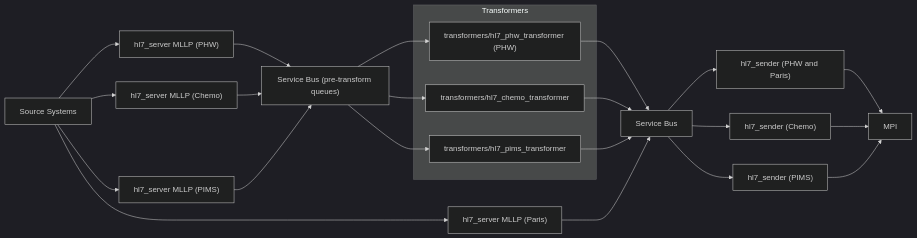
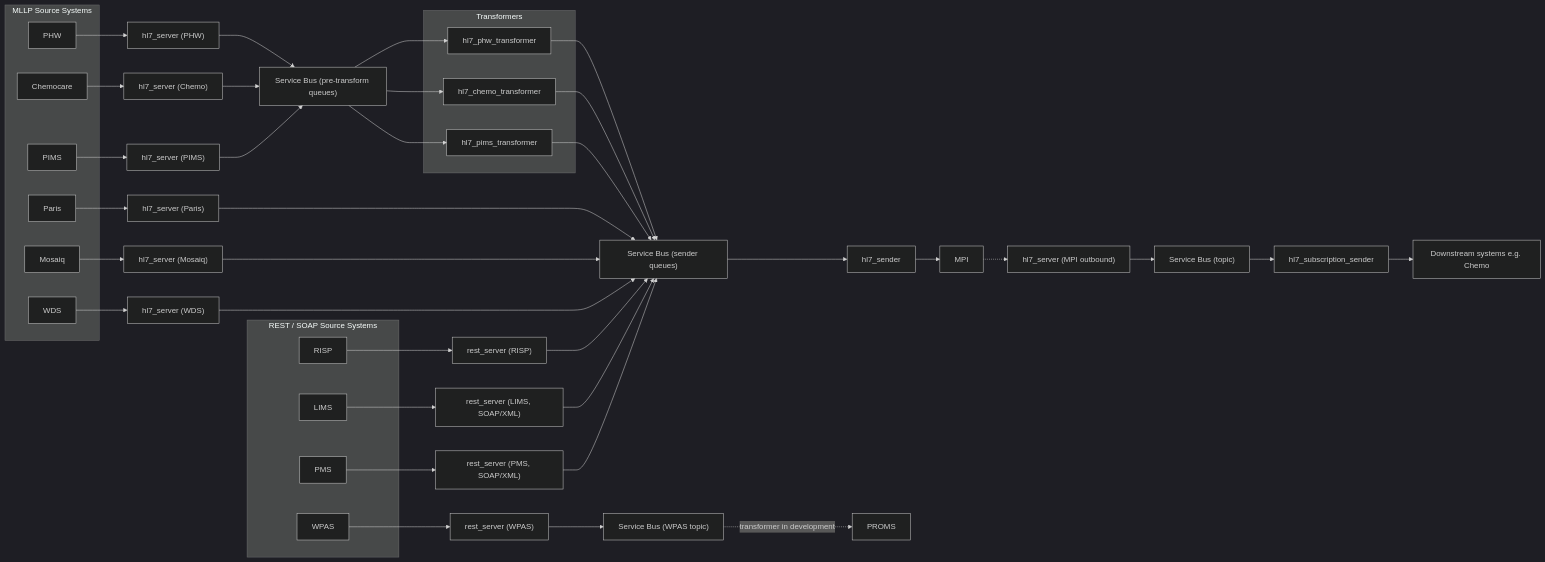
Before and after one commit to DHCW-Digital-Health-and-Care-Wales/Integration-Hub-Beta: the diagram in README.md, drawn with Mermaid (dark theme). The commit also changed other lines of this file and 8 other files, not shown here.

First line of the commit message:
chore: tidy local folder and improve README flow coverage (#338)

````diff
--- a/README.md
+++ b/README.md
@@ -52,34 +52,66 @@
 ```mermaid
 flowchart LR
-  Source[Source Systems] --> HL7_PHW["hl7_server MLLP (PHW)"]
-  Source --> HL7_PARIS["hl7_server MLLP (Paris)"]
-  Source --> HL7_CHEMO["hl7_server MLLP (Chemo)"]
-  Source --> HL7_PIMS["hl7_server MLLP (PIMS)"]
+  subgraph MLLP_Sources["MLLP Source Systems"]
+    PHW[PHW]
+    PARIS[Paris]
+    CHEMO[Chemocare]
+    PIMSSRC[PIMS]
+    MOSAIQ[Mosaiq]
+    WDS[WDS]
+  end
 
-  HL7_PHW --> SB["Service Bus (pre-transform queues)"]
-  HL7_CHEMO --> SB
-  HL7_PIMS --> SB
+  subgraph REST_SOAP_Sources["REST / SOAP Source Systems"]
+    RISP[RISP]
+    LIMS[LIMS]
+    PMS[PMS]
+    WPAS[WPAS]
+  end
+
+  PHW --> S_PHW["hl7_server (PHW)"]
+  PARIS --> S_PARIS["hl7_server (Paris)"]
+  CHEMO --> S_CHEMO["hl7_server (Chemo)"]
+  PIMSSRC --> S_PIMS["hl7_server (PIMS)"]
+  MOSAIQ --> S_MOSAIQ["hl7_server (Mosaiq)"]
+  WDS --> S_WDS["hl7_server (WDS)"]
+
+  RISP --> S_RISP["rest_server (RISP)"]
+  LIMS --> S_LIMS["rest_server (LIMS, SOAP/XML)"]
+  PMS --> S_PMS["rest_server (PMS, SOAP/XML)"]
+  WPAS --> S_WPAS["rest_server (WPAS)"]
+
+  S_PHW --> SB["Service Bus (pre-transform queues)"]
+  S_CHEMO --> SB
+  S_PIMS --> SB
 
   subgraph Transformers
-    T_PHW["transformers/hl7_phw_transformer (PHW)"]
-    T_CHEMO["transformers/hl7_chemo_transformer"]
-    T_PIMS["transformers/hl7_pims_transformer"]
+    T_PHW["hl7_phw_transformer"]
+    T_CHEMO["hl7_chemo_transformer"]
+    T_PIMS["hl7_pims_transformer"]
   end
 
   SB --> T_PHW
   SB --> T_CHEMO
   SB --> T_PIMS
 
-  T_PHW --> SB2["Service Bus"]
+  T_PHW --> SB2["Service Bus (sender queues)"]
   T_CHEMO --> SB2
   T_PIMS --> SB2
 
-  HL7_PARIS --> SB2
-  SB2 --> SENDER["hl7_sender (PHW and Paris)"]
-  SB2 --> CHEMO_SENDER["hl7_sender (Chemo)"]
-  SB2 --> PIMS_SENDER["hl7_sender (PIMS)"]
+  S_PARIS --> SB2
+  S_MOSAIQ --> SB2
+  S_WDS --> SB2
+  S_RISP --> SB2
+  S_LIMS --> SB2
+  S_PMS --> SB2
 
+  SB2 --> SENDER["hl7_sender"]
   SENDER --> MPI["MPI"]
-  CHEMO_SENDER --> MPI
-  PIMS_SENDER --> MPI
+
+  S_WPAS --> SB3["Service Bus (WPAS topic)"]
+  SB3 -. "transformer in development" .-> PROMS["PROMS"]
+
+  MPI -.-> S_MPI["hl7_server (MPI outbound)"]
+  S_MPI --> SB4["Service Bus (topic)"]
+  SB4 --> SUBSENDER["hl7_subscription_sender"]
+  SUBSENDER --> DOWNSTREAM["Downstream systems e.g. Chemo"]
 ```
````
